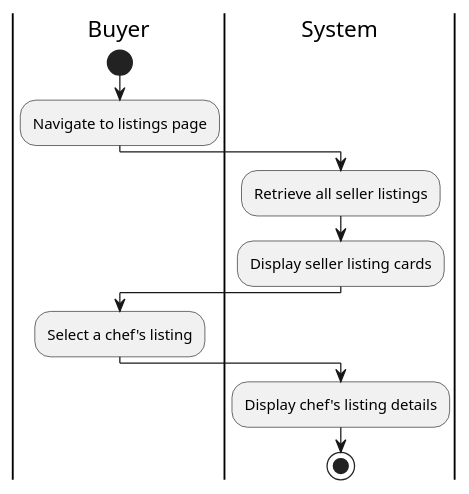
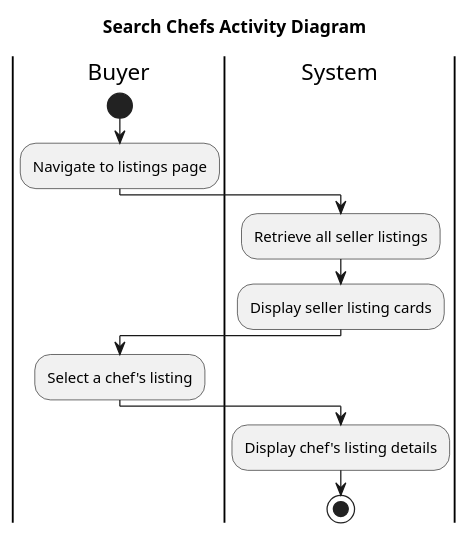
The diagram in 2_SearchChefsActivity.puml (micahbaumann/CS-5800-Project-Micah-UML), drawn with PlantUML before and after one commit. The commit also changed 17 other files, not shown here.

```diff
--- a/2_SearchChefsActivity.puml
+++ b/2_SearchChefsActivity.puml
@@ -1,20 +1,21 @@
 @startuml
 'https://plantuml.com/activity-diagram-beta
+title Search Chefs Activity Diagram
 
 |Buyer|
 start
 :Navigate to listings page;
 
 |System|
 :Retrieve all seller listings;
 :Display seller listing cards;
 
 |Buyer|
 :Select a chef's listing;
 
 |System|
 :Display chef's listing details;
 
 stop
 
 @enduml
```
